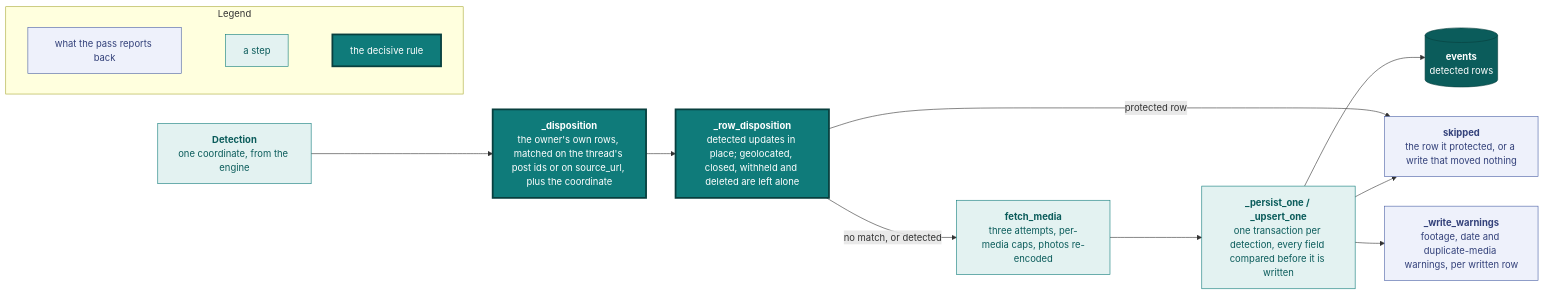
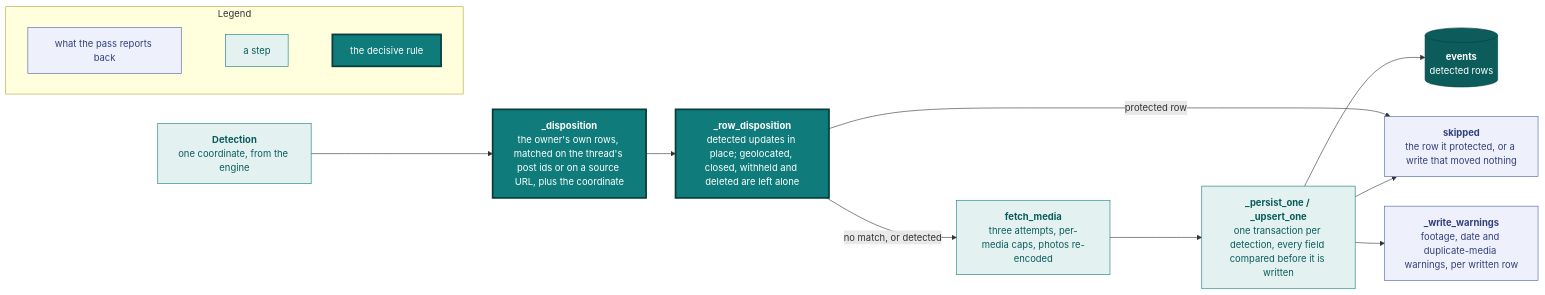
Before and after one commit to vidithq/vidit: the sixth of 6 diagrams in docs/ingestion.md, drawn with Mermaid. The commit also changed other lines of this file and 6 other files, not shown here.

````diff
--- a/docs/ingestion.md
+++ b/docs/ingestion.md
@@ -467,38 +479,38 @@
 ```mermaid
 flowchart LR
   classDef spec fill:#eef1fb,stroke:#4a5fa5,color:#33417a
   classDef shared fill:#e3f2f1,stroke:#0f7b7a,color:#0b5c5b
   classDef core fill:#0f7b7a,stroke:#083f3e,stroke-width:3px,color:#ffffff
   classDef store fill:#0b5c5b,stroke:#083f3e,color:#ffffff
 
   subgraph legend [Legend]
     direction LR
     l1["`what the pass reports back`"]:::spec
     l2["`a step`"]:::shared
     l3["`the decisive rule`"]:::core
     l1 ~~~ l2 ~~~ l3
   end
 
   detection["`**Detection**
   one coordinate, from the engine`"]:::shared
   match["`**_disposition**
-  the owner's own rows, matched on the thread's post ids or on source_url, plus the coordinate`"]:::core
+  the owner's own rows, matched on the thread's post ids or on a source URL, plus the coordinate`"]:::core
   matrix["`**_row_disposition**
   detected updates in place; geolocated, closed, withheld and deleted are left alone`"]:::core
   fetch["`**fetch_media**
   three attempts, per-media caps, photos re-encoded`"]:::shared
   write["`**_persist_one / _upsert_one**
   one transaction per detection, every field compared before it is written`"]:::shared
   rows[("`**events**
   detected rows`")]:::store
   skip["`**skipped**
   the row it protected, or a write that moved nothing`"]:::spec
   warn["`**_write_warnings**
   footage, date and duplicate-media warnings, per written row`"]:::spec
 
   detection --> match --> matrix
   matrix -- "no match, or detected" --> fetch --> write --> rows
   matrix -- "protected row" --> skip
   write --> skip
   write --> warn
 ```
````
